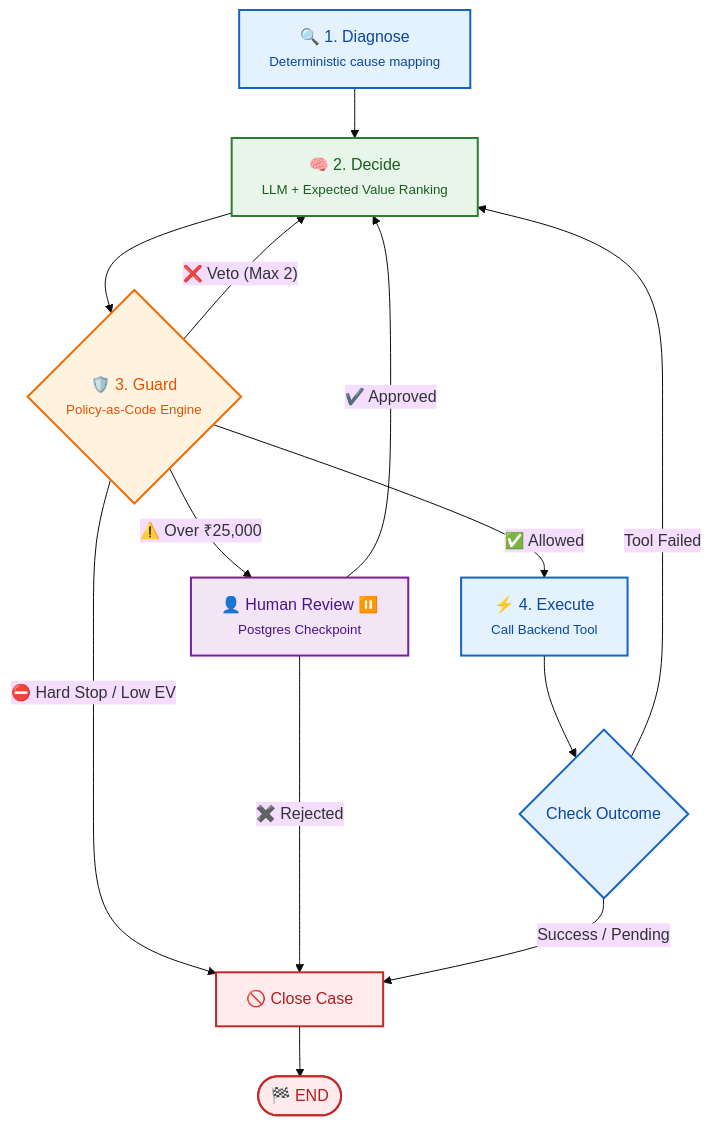
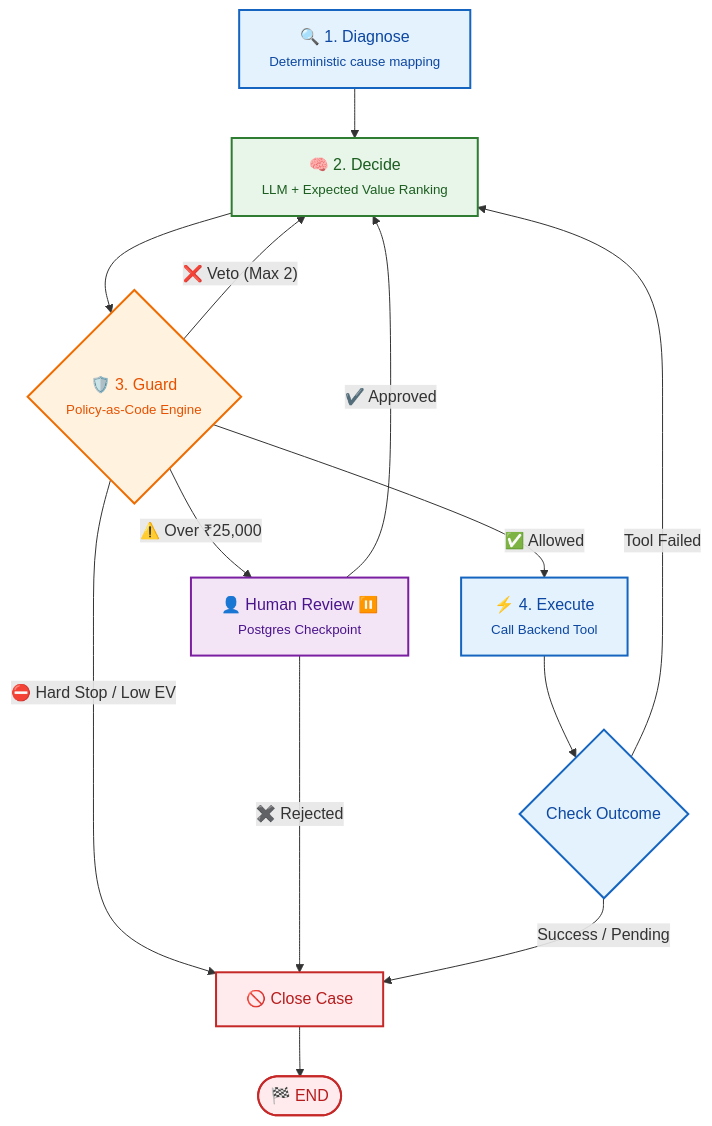
Before and after one commit to engnaman7752/razorpay-revenue-recovery-engine: the second of 3 diagrams in README.md, drawn with Mermaid. The commit also changed other lines of this file, not shown here.

Commit message:
docs: remove hardcoded mermaid themes to support GitHub dark mode

````diff
--- a/README.md
+++ b/README.md
@@ -102,27 +101,26 @@
 ```mermaid
-%%{init: {'theme': 'base'}}%%
 flowchart TD
     classDef node fill:#e3f2fd,stroke:#1565c0,stroke-width:2px,color:#0d47a1
     classDef LLM fill:#e8f5e9,stroke:#2e7d32,stroke-width:2px,color:#1b5e20
     classDef guard fill:#fff3e0,stroke:#ef6c00,stroke-width:2px,color:#e65100
     classDef terminal fill:#ffebee,stroke:#c62828,stroke-width:2px,color:#b71c1c
     classDef human fill:#f3e5f5,stroke:#7b1fa2,stroke-width:2px,color:#4a148c
 
     A[🔍 1. Diagnose<br/><small>Deterministic cause mapping</small>]:::node --> B
     B[🧠 2. Decide<br/><small>LLM + Expected Value Ranking</small>]:::LLM --> C
     C{🛡️ 3. Guard<br/><small>Policy-as-Code Engine</small>}:::guard
     
     C -- "✅ Allowed" --> D[⚡ 4. Execute<br/><small>Call Backend Tool</small>]:::node
     C -- "❌ Veto (Max 2)" --> B
     C -- "⛔ Hard Stop / Low EV" --> F[🚫 Close Case]:::terminal
     C -- "⚠️ Over ₹25,000" --> E[👤 Human Review ⏸️<br/><small>Postgres Checkpoint</small>]:::human
     
     E -- "✔️ Approved" --> B
     E -- "✖️ Rejected" --> F
     
     D --> G{Check Outcome}
     G -- "Success / Pending" --> F
     G -- "Tool Failed" --> B
     
     F --> Z([🏁 END]):::terminal
 ```
````
